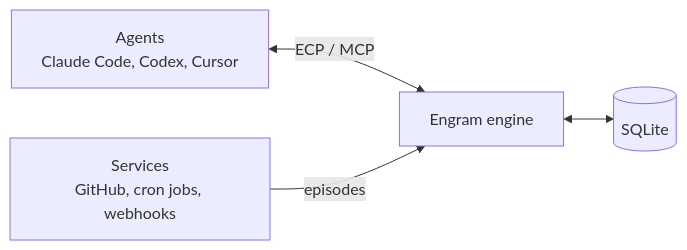
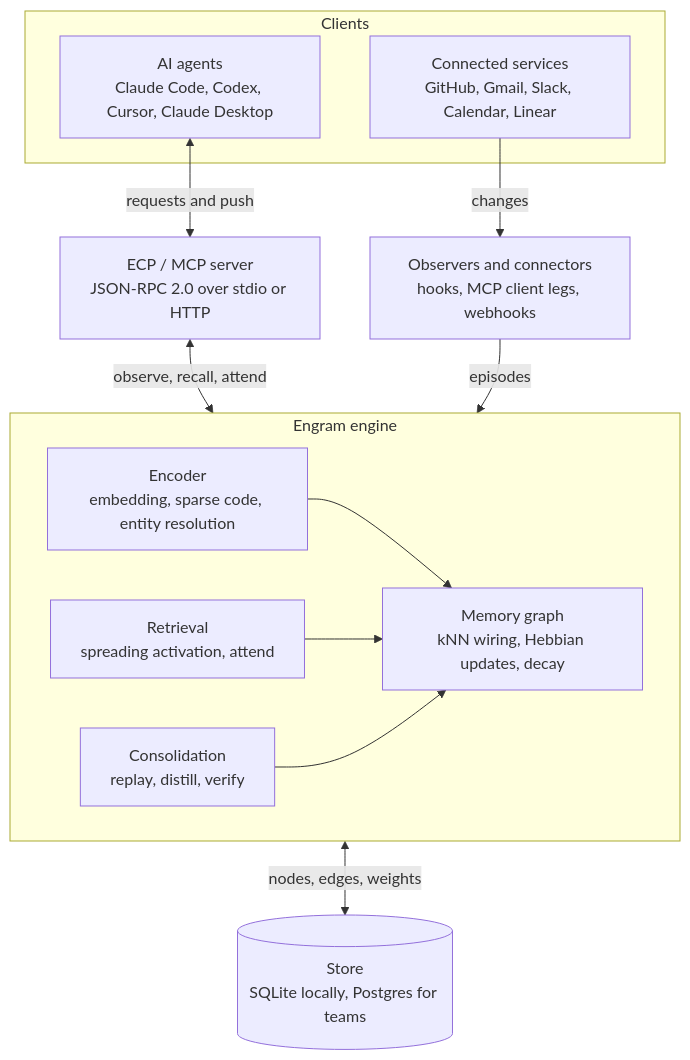
One commit to zakeripouya/EngramContextProtocol changed the diagram in README.md. Above: the diagram before and after it, drawn with Mermaid. The commit also changed other lines of this file and 3 other files, not shown here.

````diff
--- a/README.md
+++ b/README.md
@@ -68,6 +115,24 @@
 ```mermaid
-flowchart LR
-  A["Agents<br/>Claude Code, Codex, Cursor"] <-->|ECP / MCP| E["Engram engine"]
-  S["Services<br/>GitHub, cron jobs, webhooks"] -->|episodes| E
-  E <--> DB[("SQLite")]
+flowchart TB
+  subgraph Clients
+    A["AI agents<br/>Claude Code, Codex, Cursor, Claude Desktop"]
+    S["Connected services<br/>GitHub, Gmail, Slack, Calendar, Linear"]
+  end
+  P["ECP / MCP server<br/>JSON-RPC 2.0 over stdio or HTTP"]
+  O["Observers and connectors<br/>hooks, MCP client legs, webhooks"]
+  subgraph E["Engram engine"]
+    EN["Encoder<br/>embedding, sparse code, entity resolution"]
+    G["Memory graph<br/>kNN wiring, Hebbian updates, decay"]
+    R["Retrieval<br/>spreading activation, attend"]
+    C["Consolidation<br/>replay, distill, verify"]
+  end
+  ST[("Store<br/>SQLite locally, Postgres for teams")]
+  A <-->|requests and push| P
+  S -->|changes| O
+  P <-->|observe, recall, attend| E
+  O -->|episodes| E
+  EN --> G
+  R --> G
+  C --> G
+  E <-->|nodes, edges, weights| ST
 ```
````
